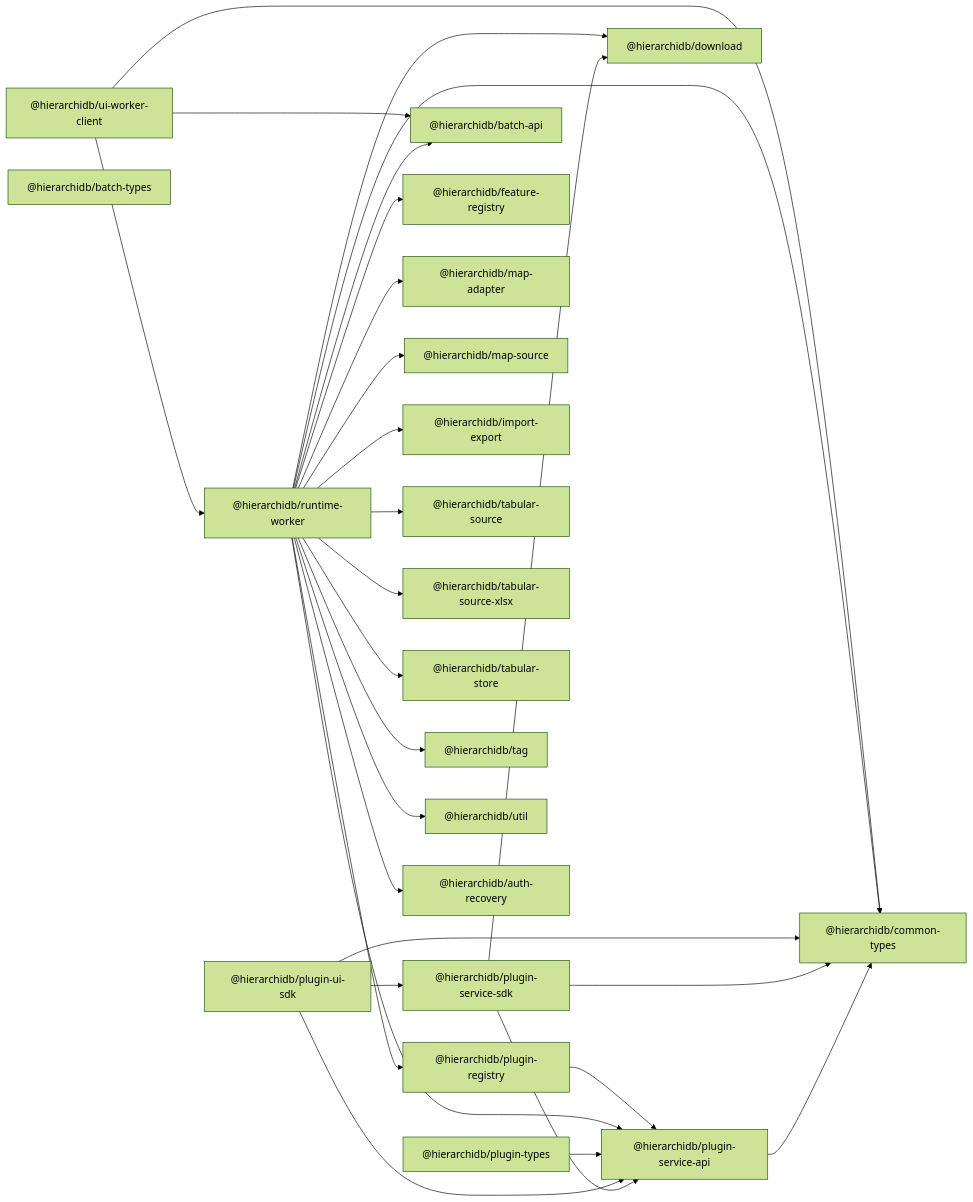
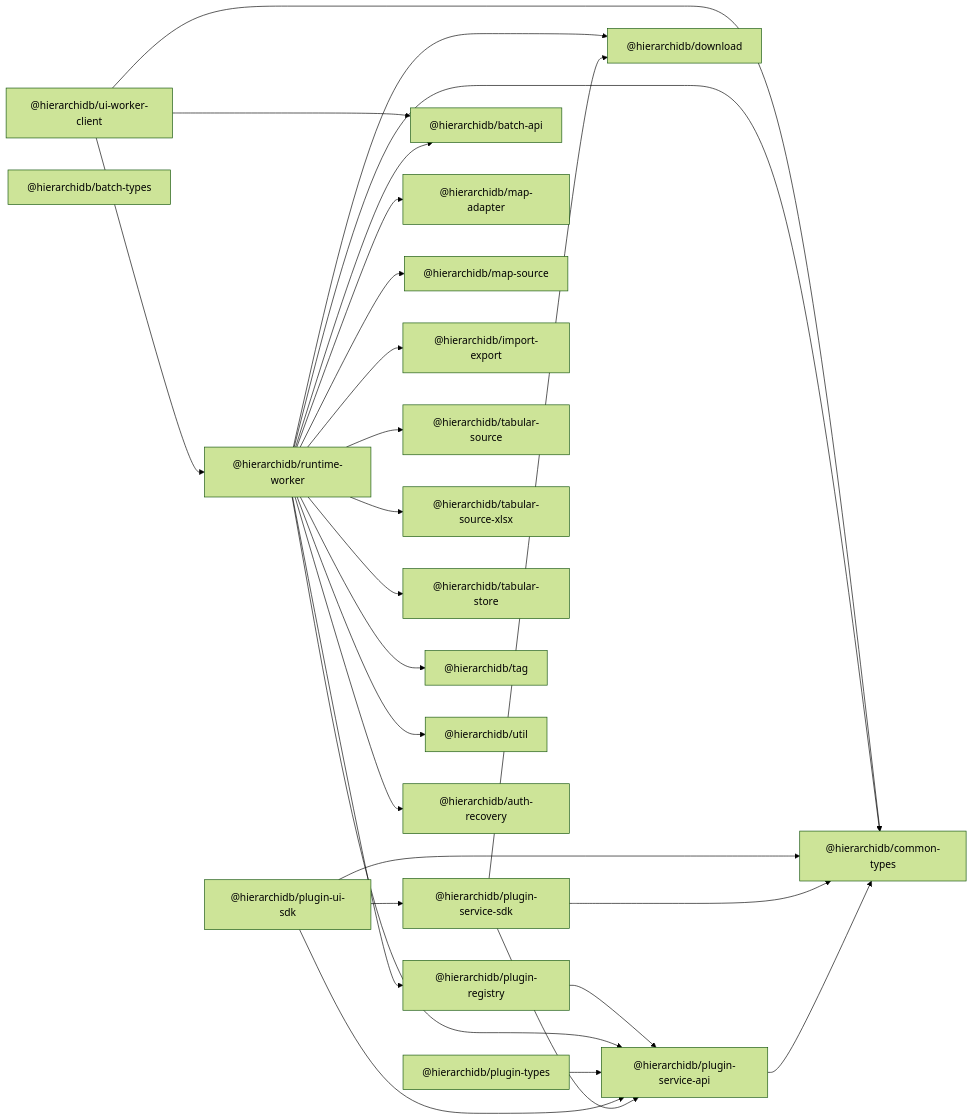
The diagram in docs/plugin-core-deps.md (kubohiroya/hierarchidb), drawn with Mermaid (forest theme) before and after one commit. The commit also changed 796 other files, not shown here.

````diff
--- a/docs/plugin-core-deps.md
+++ b/docs/plugin-core-deps.md
@@ -1,65 +1,63 @@
 ```mermaid
 graph LR
   %% Core SDK layer
   PSA["@hierarchidb/plugin-service-api"]
   PSS["@hierarchidb/plugin-service-sdk"]
   PUI["@hierarchidb/plugin-ui-sdk"]
   PTS["@hierarchidb/plugin-types"]
   PR["@hierarchidb/plugin-registry"]
 
   %% Runtime consumers
   RW["@hierarchidb/runtime-worker"]
   RC["@hierarchidb/ui-worker-client"]
 
   %% Shared libraries (light nodes)
   CT["@hierarchidb/common-types"]
   BA["@hierarchidb/batch-api"]
   BT["@hierarchidb/batch-types"]
   DL["@hierarchidb/download"]
-  FR["@hierarchidb/feature-registry"]
   MAP["@hierarchidb/map-adapter"]
   MS["@hierarchidb/map-source"]
   IE["@hierarchidb/import-export"]
   TS["@hierarchidb/tabular-source"]
   TSX["@hierarchidb/tabular-source-xlsx"]
   TST["@hierarchidb/tabular-store"]
   TAG["@hierarchidb/tag"]
   UTIL["@hierarchidb/util"]
   AUTH["@hierarchidb/auth-recovery"]
 
   %% Edges from core SDK packages
   PSA --> CT
 
   PSS --> PSA
   PSS --> CT
   PSS --> DL
 
   PUI --> PSS
   PUI --> PSA
   PUI --> CT
 
   PTS --> PSA
 
   %% Runtime dependencies
   RW --> PR
   RW --> PSA
   RW --> BA
   RW --> CT
-  RW --> FR
   RW --> MAP
   RW --> MS
   RW --> IE
   RW --> DL
   RW --> TS
   RW --> TSX
   RW --> TST
   RW --> TAG
   RW --> UTIL
   RW --> AUTH
 
   RC --> RW
   RC --> BA
   RC --> CT
 
   PR --> PSA
 ```
````
